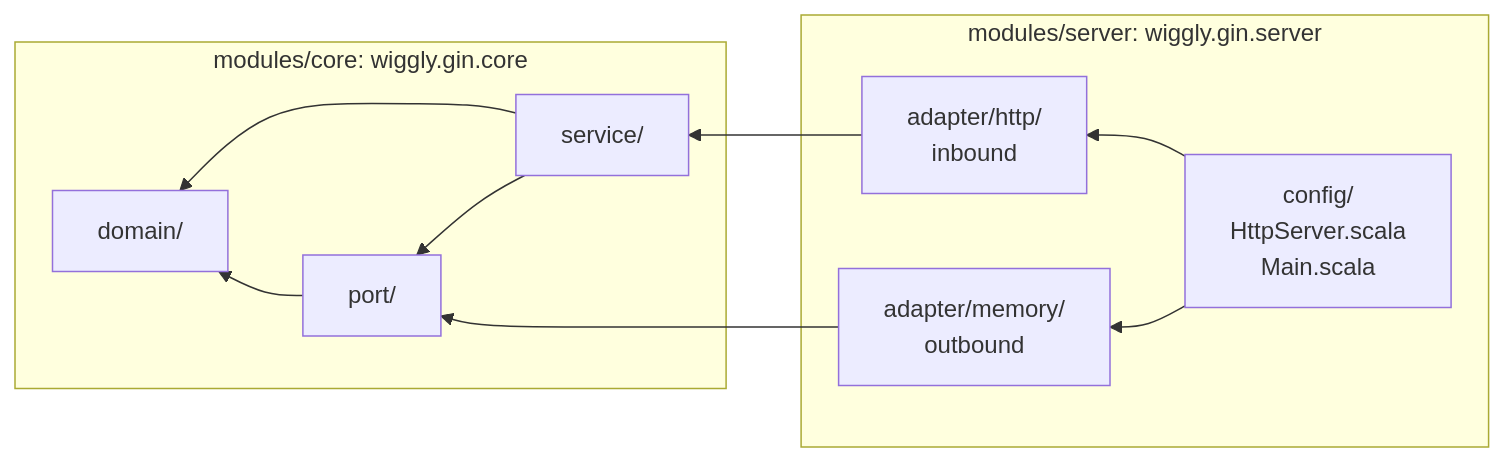
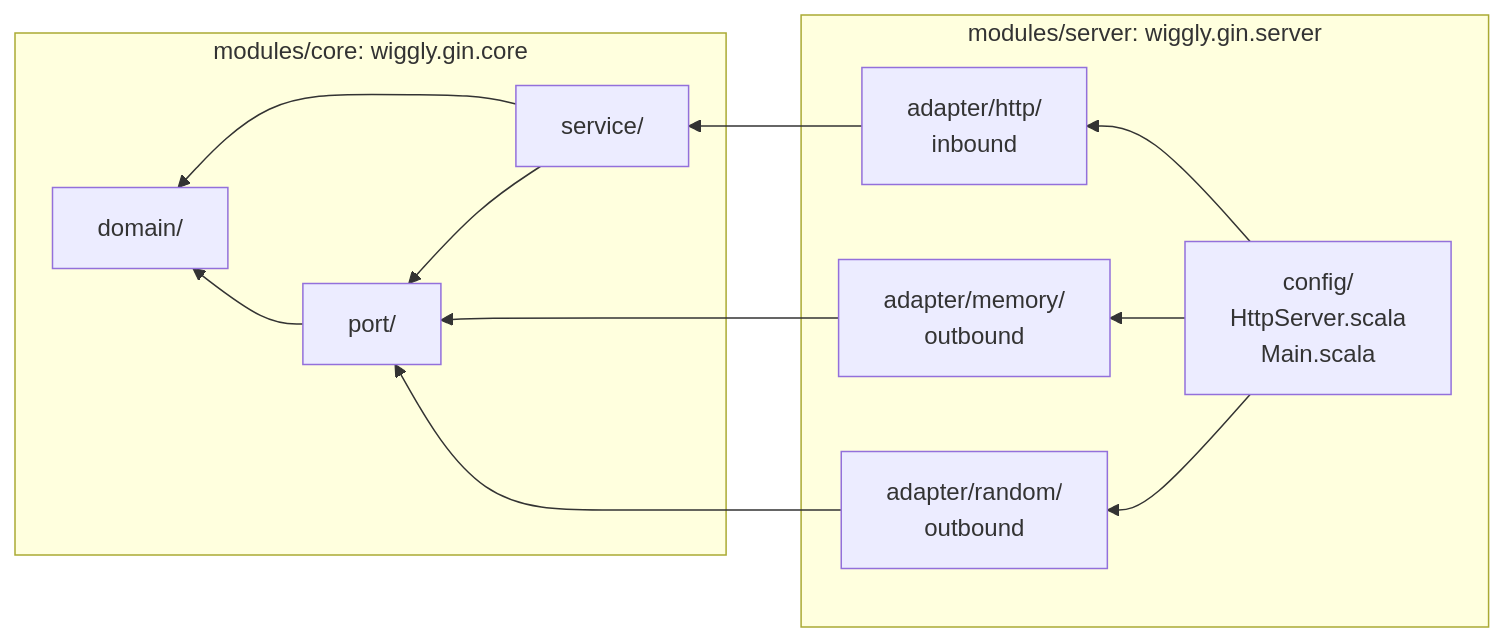
One commit to wiggly/gin changed the diagram in README.md. Above: the diagram before and after it, drawn with Mermaid. The commit also changed other lines of this file and 2 other files, not shown here.

````diff
--- a/README.md
+++ b/README.md
@@ -20,22 +20,25 @@
 ```mermaid
 flowchart RL
     subgraph server["modules/server: wiggly.gin.server"]
         shell["config/<br/>HttpServer.scala<br/>Main.scala"]
         http["adapter/http/<br/>inbound"]
         memory["adapter/memory/<br/>outbound"]
+        random["adapter/random/<br/>outbound"]
     end
 
     subgraph core["modules/core: wiggly.gin.core"]
         service["service/"]
         port["port/"]
         domain["domain/"]
     end
 
     shell --> http
     shell --> memory
+    shell --> random
     http --> service
     service --> port
     service --> domain
     memory --> port
+    random --> port
     port --> domain
 ```
````
